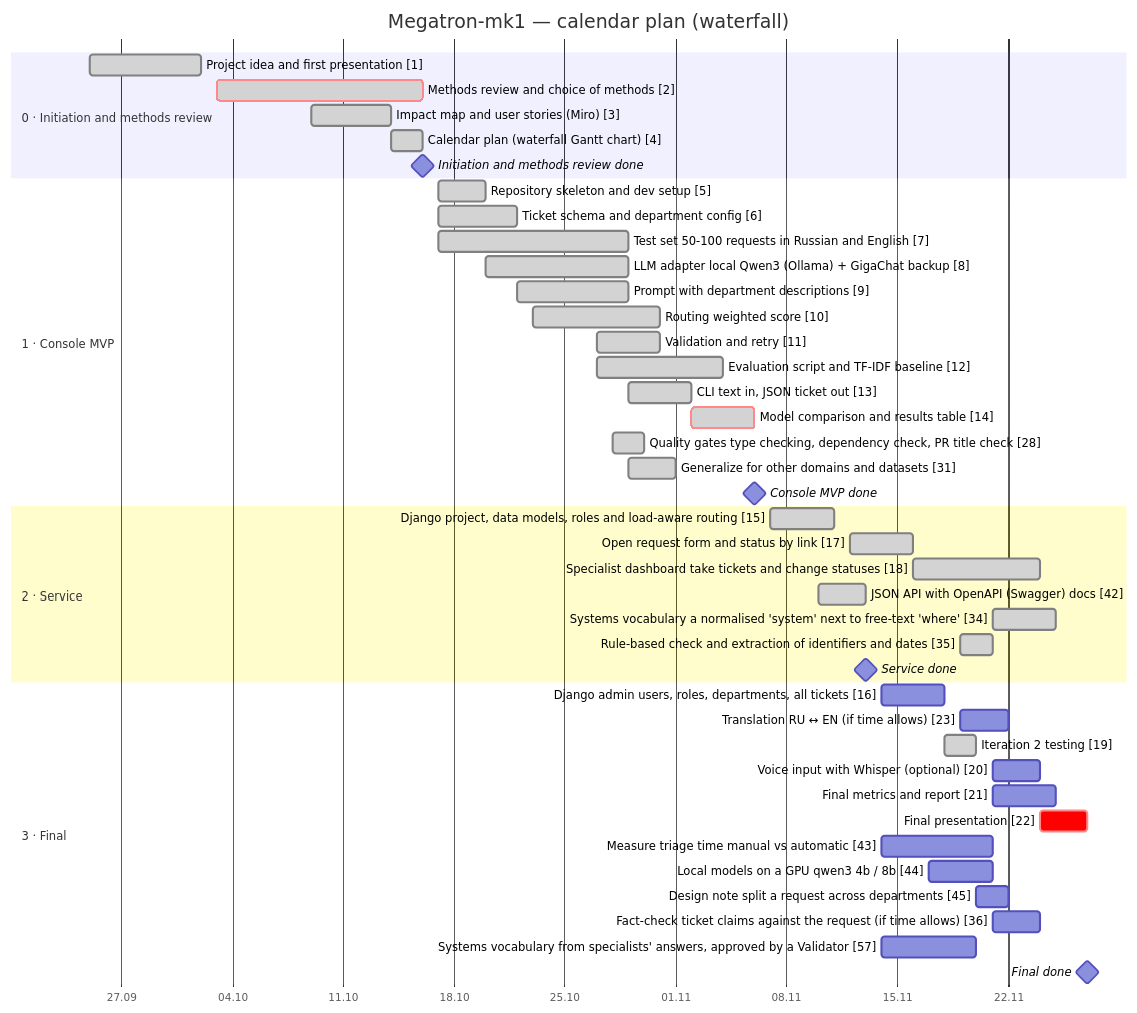
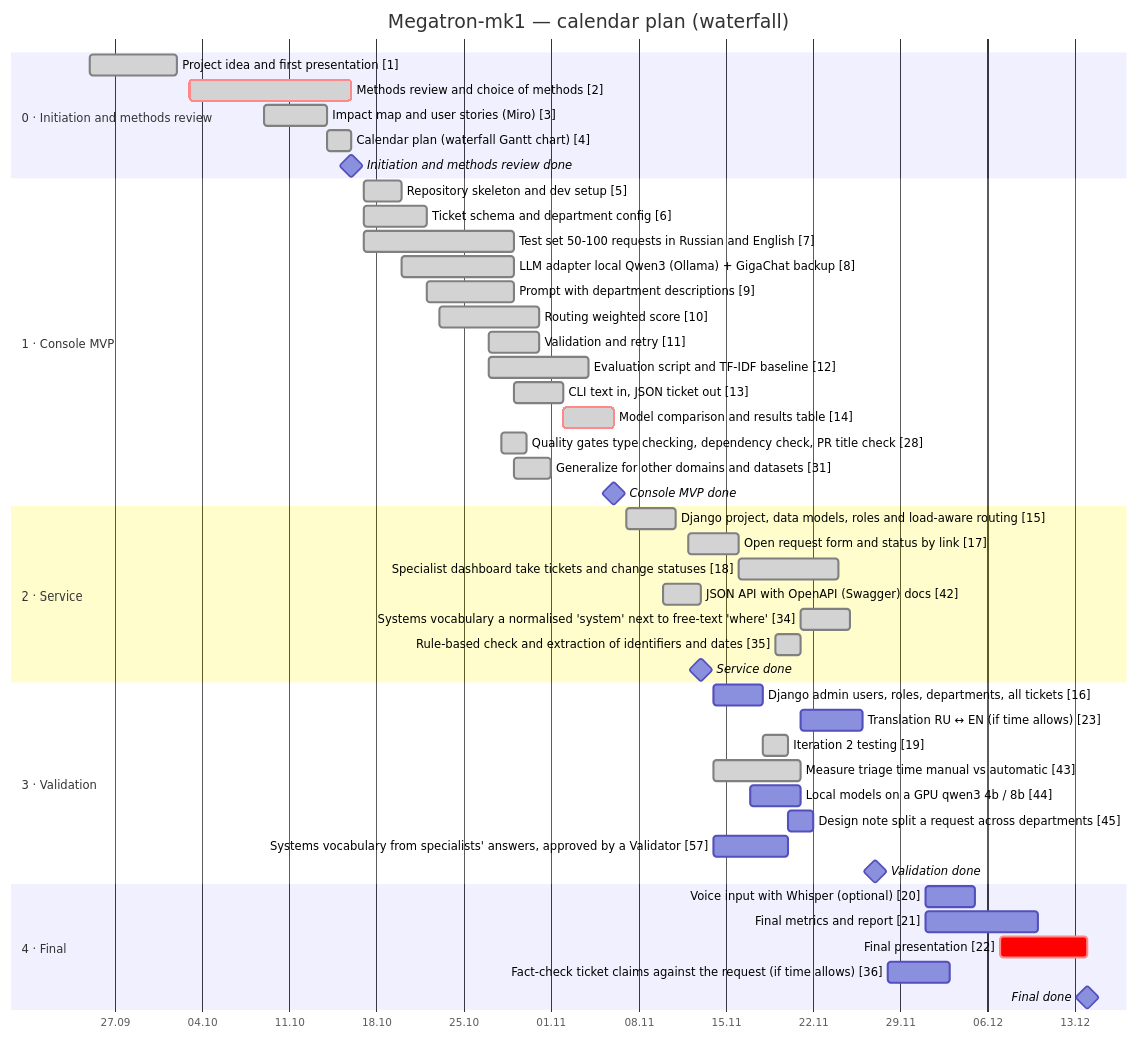
The diagram in README.md (Leenday/support_megatron_mk1), drawn with Mermaid before and after one commit. The commit also changed other lines of this file, not shown here.

Commit message:
docs: iteration 3 report on 27.11, final presentation on 14.12 (#64)
Refs #4

````diff
--- a/README.md
+++ b/README.md
@@ -134,48 +134,50 @@
 ```mermaid
 gantt
     title Megatron-mk1 — calendar plan (waterfall)
     dateFormat YYYY-MM-DD
     axisFormat %d.%m
     todayMarker on
     section 0 · Initiation and methods review
     Project idea and first presentation [1] :done, t1, 2026-09-25, 2026-10-02
     Methods review and choice of methods [2] :done, crit, t2, 2026-10-03, 2026-10-16
     Impact map and user stories (Miro) [3] :done, t3, 2026-10-09, 2026-10-14
     Calendar plan (waterfall Gantt chart) [4] :done, t4, 2026-10-14, 2026-10-16
     Initiation and methods review done :milestone, m0, 2026-10-16, 0d
     section 1 · Console MVP
     Repository skeleton and dev setup [5] :done, t5, 2026-10-17, 2026-10-20
     Ticket schema and department config [6] :done, t6, 2026-10-17, 2026-10-22
     Test set 50-100 requests in Russian and English [7] :done, t7, 2026-10-17, 2026-10-29
     LLM adapter local Qwen3 (Ollama) + GigaChat backup [8] :done, t8, 2026-10-20, 2026-10-29
     Prompt with department descriptions [9] :done, t9, 2026-10-22, 2026-10-29
     Routing weighted score [10] :done, t10, 2026-10-23, 2026-10-31
     Validation and retry [11] :done, t11, 2026-10-27, 2026-10-31
     Evaluation script and TF-IDF baseline [12] :done, t12, 2026-10-27, 2026-11-04
     CLI text in, JSON ticket out [13] :done, t13, 2026-10-29, 2026-11-02
     Model comparison and results table [14] :done, crit, t14, 2026-11-02, 2026-11-06
     Quality gates type checking, dependency check, PR title check [28] :done, t28, 2026-10-28, 2026-10-30
     Generalize for other domains and datasets [31] :done, t31, 2026-10-29, 2026-11-01
     Console MVP done :milestone, m1, 2026-11-06, 0d
     section 2 · Service
     Django project, data models, roles and load-aware routing [15] :done, t15, 2026-11-07, 2026-11-11
     Open request form and status by link [17] :done, t17, 2026-11-12, 2026-11-16
     Specialist dashboard take tickets and change statuses [18] :done, t18, 2026-11-16, 2026-11-24
     JSON API with OpenAPI (Swagger) docs [42] :done, t42, 2026-11-10, 2026-11-13
     Systems vocabulary a normalised 'system' next to free-text 'where' [34] :done, t34, 2026-11-21, 2026-11-25
     Rule-based check and extraction of identifiers and dates [35] :done, t35, 2026-11-19, 2026-11-21
     Service done :milestone, m2, 2026-11-13, 0d
-    section 3 · Final
+    section 3 · Validation
     Django admin users, roles, departments, all tickets [16] :t16, 2026-11-14, 2026-11-18
-    Translation RU ↔ EN (if time allows) [23] :t23, 2026-11-19, 2026-11-22
+    Translation RU ↔ EN (if time allows) [23] :t23, 2026-11-21, 2026-11-26
     Iteration 2 testing [19] :done, t19, 2026-11-18, 2026-11-20
-    Voice input with Whisper (optional) [20] :t20, 2026-11-21, 2026-11-24
-    Final metrics and report [21] :t21, 2026-11-21, 2026-11-25
-    Final presentation [22] :crit, t22, 2026-11-24, 2026-11-27
-    Measure triage time manual vs automatic [43] :t43, 2026-11-14, 2026-11-21
+    Measure triage time manual vs automatic [43] :done, t43, 2026-11-14, 2026-11-21
     Local models on a GPU qwen3 4b / 8b [44] :t44, 2026-11-17, 2026-11-21
     Design note split a request across departments [45] :t45, 2026-11-20, 2026-11-22
-    Fact-check ticket claims against the request (if time allows) [36] :t36, 2026-11-21, 2026-11-24
     Systems vocabulary from specialists' answers, approved by a Validator [57] :t57, 2026-11-14, 2026-11-20
-    Final done :milestone, m3, 2026-11-27, 0d
+    Validation done :milestone, m3, 2026-11-27, 0d
+    section 4 · Final
+    Voice input with Whisper (optional) [20] :t20, 2026-12-01, 2026-12-05
+    Final metrics and report [21] :t21, 2026-12-01, 2026-12-10
+    Final presentation [22] :crit, t22, 2026-12-07, 2026-12-14
+    Fact-check ticket claims against the request (if time allows) [36] :t36, 2026-11-28, 2026-12-03
+    Final done :milestone, m4, 2026-12-14, 0d
 ```
````
